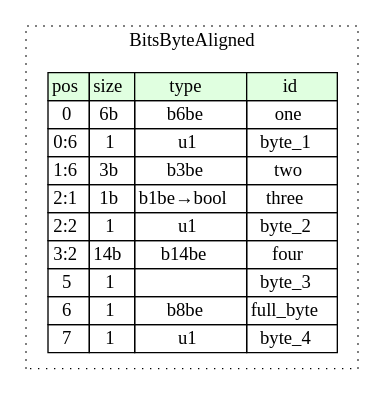
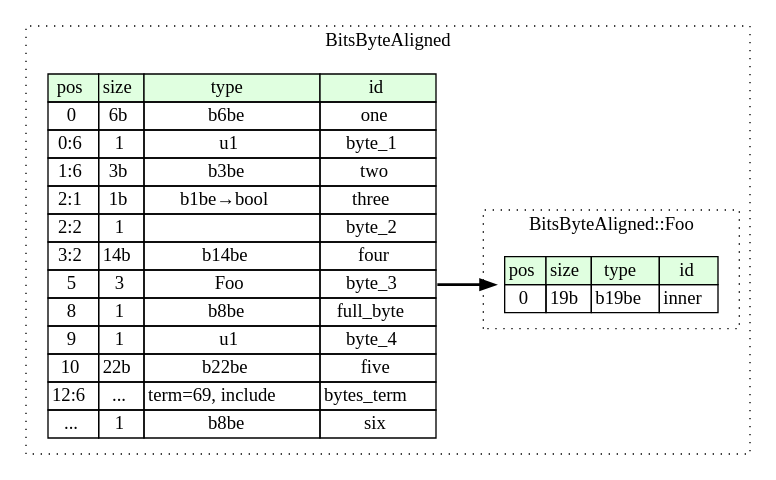
The diagram in compiled/graphviz/bits_byte_aligned.dot (kaitai-io/ci_targets), drawn with Graphviz before and after one commit. The commit also changed 146 other files, not shown here.

```diff
--- a/compiled/graphviz/bits_byte_aligned.dot
+++ b/compiled/graphviz/bits_byte_aligned.dot
@@ -1,21 +1,34 @@
 digraph {
 	rankdir=LR;
 	node [shape=plaintext];
 	subgraph cluster__bits_byte_aligned {
 		label="BitsByteAligned";
 		graph[style=dotted];
 
 		bits_byte_aligned__seq [label=<<TABLE BORDER="0" CELLBORDER="1" CELLSPACING="0">
 			<TR><TD BGCOLOR="#E0FFE0">pos</TD><TD BGCOLOR="#E0FFE0">size</TD><TD BGCOLOR="#E0FFE0">type</TD><TD BGCOLOR="#E0FFE0">id</TD></TR>
 			<TR><TD PORT="one_pos">0</TD><TD PORT="one_size">6b</TD><TD>b6be</TD><TD PORT="one_type">one</TD></TR>
 			<TR><TD PORT="byte_1_pos">0:6</TD><TD PORT="byte_1_size">1</TD><TD>u1</TD><TD PORT="byte_1_type">byte_1</TD></TR>
 			<TR><TD PORT="two_pos">1:6</TD><TD PORT="two_size">3b</TD><TD>b3be</TD><TD PORT="two_type">two</TD></TR>
 			<TR><TD PORT="three_pos">2:1</TD><TD PORT="three_size">1b</TD><TD>b1be→bool</TD><TD PORT="three_type">three</TD></TR>
-			<TR><TD PORT="byte_2_pos">2:2</TD><TD PORT="byte_2_size">1</TD><TD>u1</TD><TD PORT="byte_2_type">byte_2</TD></TR>
+			<TR><TD PORT="byte_2_pos">2:2</TD><TD PORT="byte_2_size">1</TD><TD></TD><TD PORT="byte_2_type">byte_2</TD></TR>
 			<TR><TD PORT="four_pos">3:2</TD><TD PORT="four_size">14b</TD><TD>b14be</TD><TD PORT="four_type">four</TD></TR>
-			<TR><TD PORT="byte_3_pos">5</TD><TD PORT="byte_3_size">1</TD><TD></TD><TD PORT="byte_3_type">byte_3</TD></TR>
-			<TR><TD PORT="full_byte_pos">6</TD><TD PORT="full_byte_size">1</TD><TD>b8be</TD><TD PORT="full_byte_type">full_byte</TD></TR>
-			<TR><TD PORT="byte_4_pos">7</TD><TD PORT="byte_4_size">1</TD><TD>u1</TD><TD PORT="byte_4_type">byte_4</TD></TR>
+			<TR><TD PORT="byte_3_pos">5</TD><TD PORT="byte_3_size">3</TD><TD>Foo</TD><TD PORT="byte_3_type">byte_3</TD></TR>
+			<TR><TD PORT="full_byte_pos">8</TD><TD PORT="full_byte_size">1</TD><TD>b8be</TD><TD PORT="full_byte_type">full_byte</TD></TR>
+			<TR><TD PORT="byte_4_pos">9</TD><TD PORT="byte_4_size">1</TD><TD>u1</TD><TD PORT="byte_4_type">byte_4</TD></TR>
+			<TR><TD PORT="five_pos">10</TD><TD PORT="five_size">22b</TD><TD>b22be</TD><TD PORT="five_type">five</TD></TR>
+			<TR><TD PORT="bytes_term_pos">12:6</TD><TD PORT="bytes_term_size">...</TD><TD>term=69, include</TD><TD PORT="bytes_term_type">bytes_term</TD></TR>
+			<TR><TD PORT="six_pos">...</TD><TD PORT="six_size">1</TD><TD>b8be</TD><TD PORT="six_type">six</TD></TR>
 		</TABLE>>];
+		subgraph cluster__foo {
+			label="BitsByteAligned::Foo";
+			graph[style=dotted];
+
+			foo__seq [label=<<TABLE BORDER="0" CELLBORDER="1" CELLSPACING="0">
+				<TR><TD BGCOLOR="#E0FFE0">pos</TD><TD BGCOLOR="#E0FFE0">size</TD><TD BGCOLOR="#E0FFE0">type</TD><TD BGCOLOR="#E0FFE0">id</TD></TR>
+				<TR><TD PORT="inner_pos">0</TD><TD PORT="inner_size">19b</TD><TD>b19be</TD><TD PORT="inner_type">inner</TD></TR>
+			</TABLE>>];
+		}
 	}
+	bits_byte_aligned__seq:byte_3_type -> foo__seq [style=bold];
 }
```
